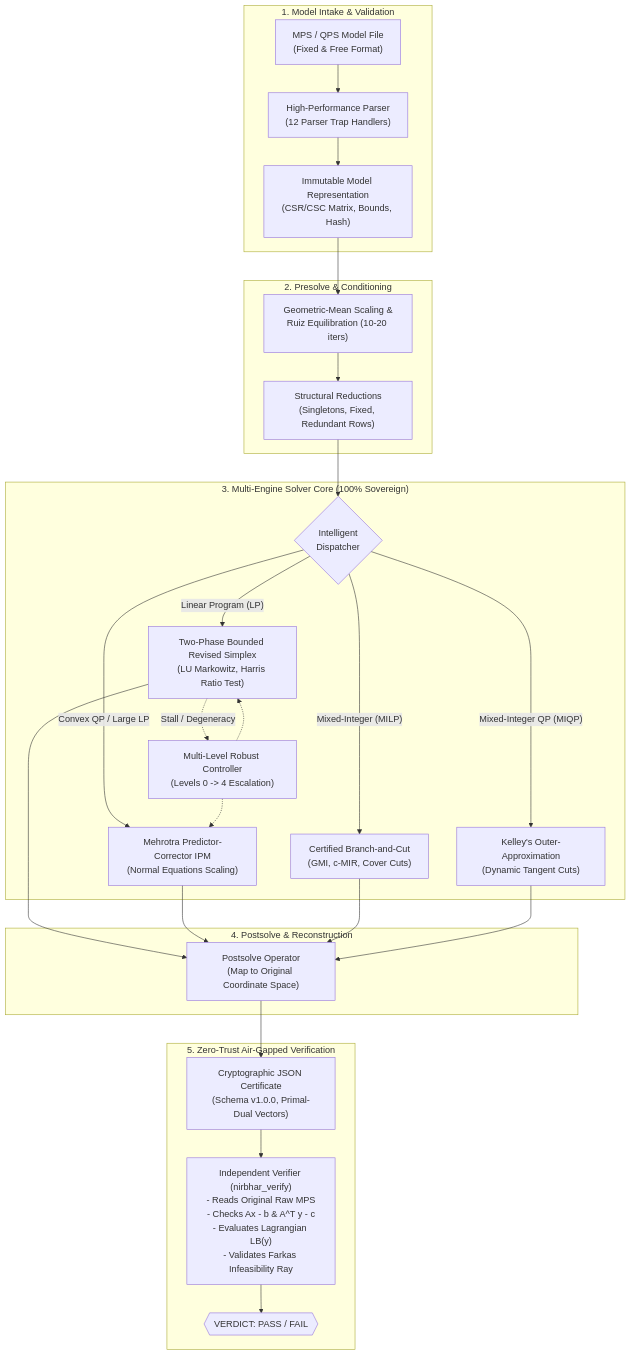
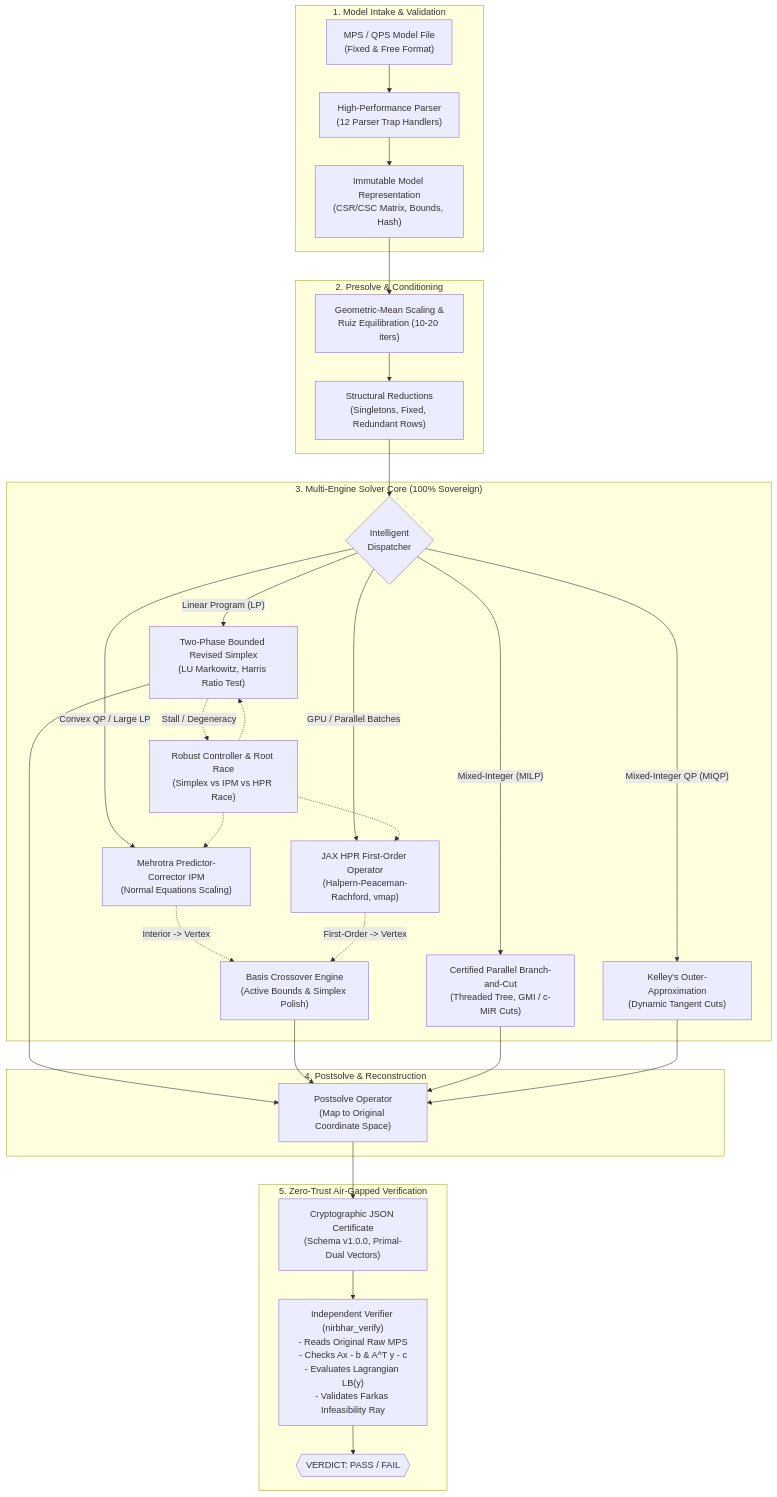
One commit to PrasoonAg/SIH2026Nirbhar changed the diagram in README.md. Above: the diagram before and after it, drawn with Mermaid. The commit also changed other lines of this file and 1 other file, not shown here.

Commit message:
docs(readme): update README with JAX HPR, crossover, parallel B&C, hybrid bridge, and test suites

````diff
--- a/README.md
+++ b/README.md
@@ -51,37 +54,42 @@
 ```mermaid
 flowchart TD
     subgraph INTAKE ["1. Model Intake & Validation"]
         MPS["MPS / QPS Model File\n(Fixed & Free Format)"] --> PARSER["High-Performance Parser\n(12 Parser Trap Handlers)"]
         PARSER --> MODEL["Immutable Model Representation\n(CSR/CSC Matrix, Bounds, Hash)"]
     end
 
     subgraph PRE ["2. Presolve & Conditioning"]
         MODEL --> SCALE["Geometric-Mean Scaling &\nRuiz Equilibration (10-20 iters)"]
         SCALE --> REDUCE["Structural Reductions\n(Singletons, Fixed, Redundant Rows)"]
     end
 
     subgraph SOLVE ["3. Multi-Engine Solver Core (100% Sovereign)"]
         REDUCE --> DISPATCH{"Intelligent\nDispatcher"}
         DISPATCH -->|"Linear Program (LP)"| SIMPLEX["Two-Phase Bounded Revised Simplex\n(LU Markowitz, Harris Ratio Test)"]
         DISPATCH -->|"Convex QP / Large LP"| IPM["Mehrotra Predictor-Corrector IPM\n(Normal Equations Scaling)"]
-        DISPATCH -->|"Mixed-Integer (MILP)"| BNC["Certified Branch-and-Cut\n(GMI, c-MIR, Cover Cuts)"]
+        DISPATCH -->|"GPU / Parallel Batches"| HPR["JAX HPR First-Order Operator\n(Halpern-Peaceman-Rachford, vmap)"]
+        DISPATCH -->|"Mixed-Integer (MILP)"| BNC["Certified Parallel Branch-and-Cut\n(Threaded Tree, GMI / c-MIR Cuts)"]
         DISPATCH -->|"Mixed-Integer QP (MIQP)"| OA["Kelley's Outer-Approximation\n(Dynamic Tangent Cuts)"]
+
+        IPM -.->|"Interior -> Vertex"| CROSS["Basis Crossover Engine\n(Active Bounds & Simplex Polish)"]
+        HPR -.->|"First-Order -> Vertex"| CROSS
         
-        SIMPLEX -.->|"Stall / Degeneracy"| ROBUST["Multi-Level Robust Controller\n(Levels 0 -> 4 Escalation)"]
+        SIMPLEX -.->|"Stall / Degeneracy"| ROBUST["Robust Controller & Root Race\n(Simplex vs IPM vs HPR Race)"]
         ROBUST -.-> SIMPLEX
         ROBUST -.-> IPM
+        ROBUST -.-> HPR
     end
 
     subgraph POST ["4. Postsolve & Reconstruction"]
         SIMPLEX --> POSTSOLVE["Postsolve Operator\n(Map to Original Coordinate Space)"]
-        IPM --> POSTSOLVE
+        CROSS --> POSTSOLVE
         BNC --> POSTSOLVE
         OA --> POSTSOLVE
     end
 
     subgraph PROOF ["5. Zero-Trust Air-Gapped Verification"]
         POSTSOLVE --> CERT["Cryptographic JSON Certificate\n(Schema v1.0.0, Primal-Dual Vectors)"]
         CERT --> VERIFIER["Independent Verifier (nirbhar_verify)\n- Reads Original Raw MPS\n- Checks Ax - b & A^T y - c\n- Evaluates Lagrangian LB(y)\n- Validates Farkas Infeasibility Ray"]
         VERIFIER --> VERDICT{{"VERDICT: PASS / FAIL"}}
     end
 ```
````
